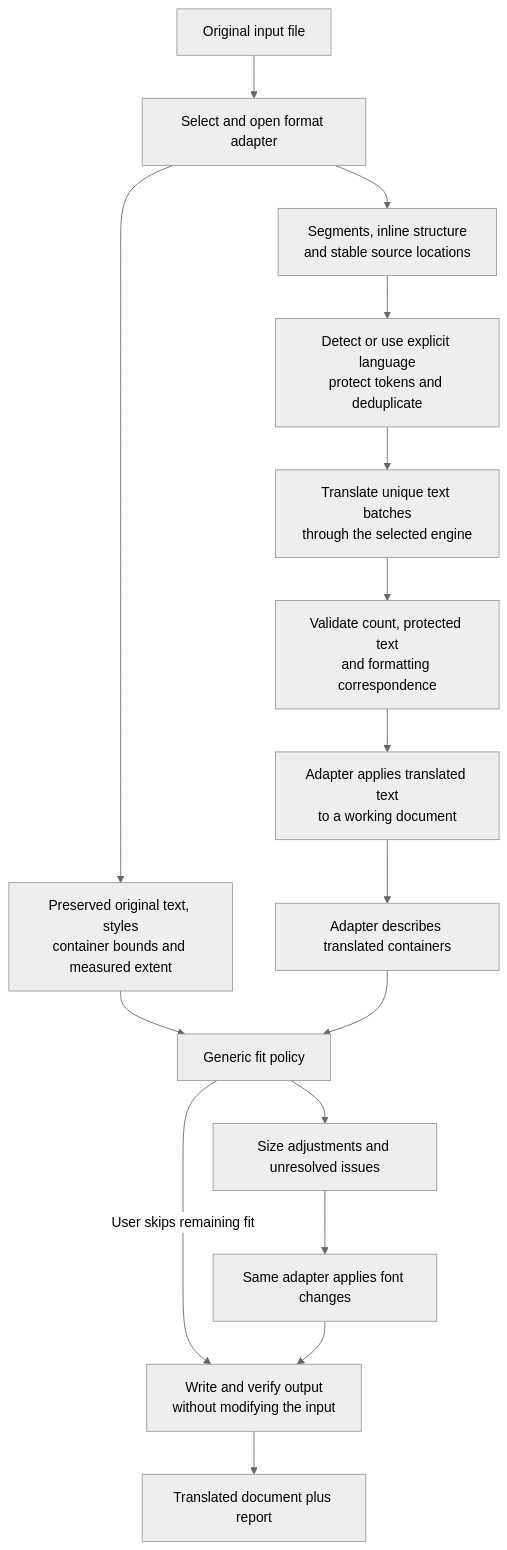
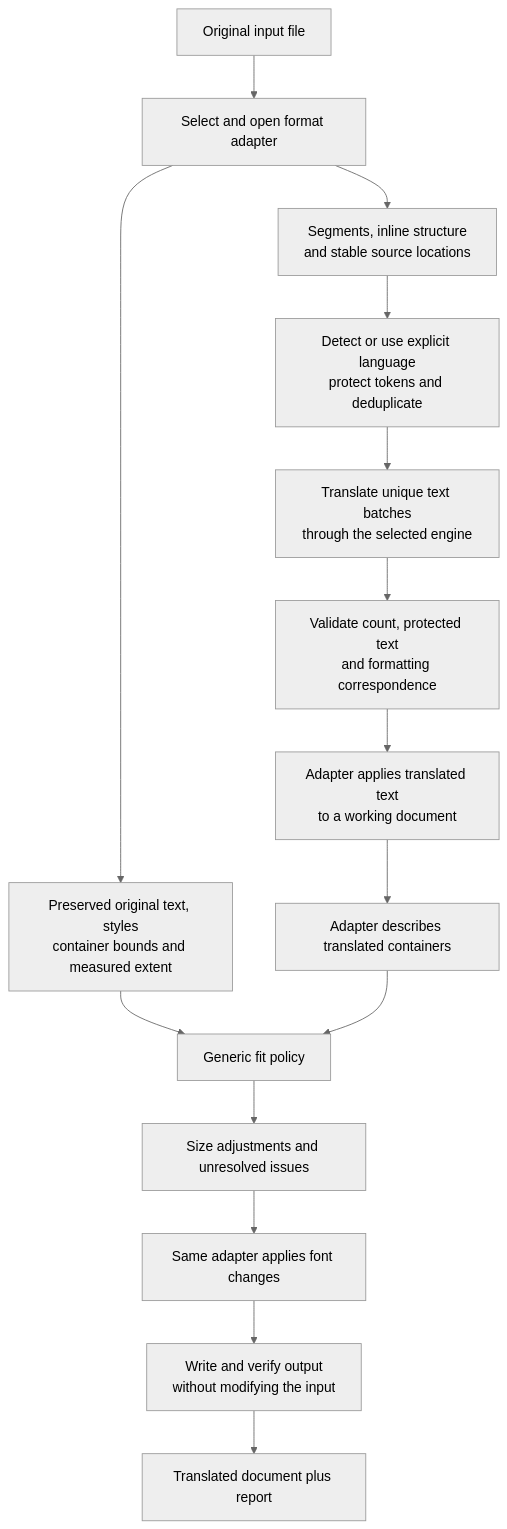
Before and after one commit to mlei06/document-translator: diagram 13 of 19 in docs/Architecture.md, drawn with Mermaid (neutral theme). The commit also changed other lines of this file and 337 other files, not shown here.

````diff
--- a/docs/Architecture.md
+++ b/docs/Architecture.md
@@ -382,18 +500,17 @@
 ```mermaid
 flowchart TD
     SOURCE["Original input file"] --> ADAPTER["Select and open format adapter"]
     ADAPTER --> SEGMENTS["Segments, inline structure<br/>and stable source locations"]
     ADAPTER --> ORIGINAL["Preserved original text, styles<br/>container bounds and measured extent"]
     SEGMENTS --> PREP["Detect or use explicit language<br/>protect tokens and deduplicate"]
     PREP --> TRANSLATE["Translate unique text batches<br/>through the selected engine"]
     TRANSLATE --> VALIDATE["Validate count, protected text<br/>and formatting correspondence"]
     VALIDATE --> RESTORE["Adapter applies translated text<br/>to a working document"]
     RESTORE --> LAYOUT["Adapter describes translated containers"]
     ORIGINAL --> FIT["Generic fit policy"]
     LAYOUT --> FIT
-    FIT -->|User skips remaining fit| WRITE
     FIT --> CHANGES["Size adjustments and unresolved issues"]
     CHANGES --> APPLY["Same adapter applies font changes"]
     APPLY --> WRITE["Write and verify output<br/>without modifying the input"]
     WRITE --> RESULT["Translated document plus report"]
 ```
````
